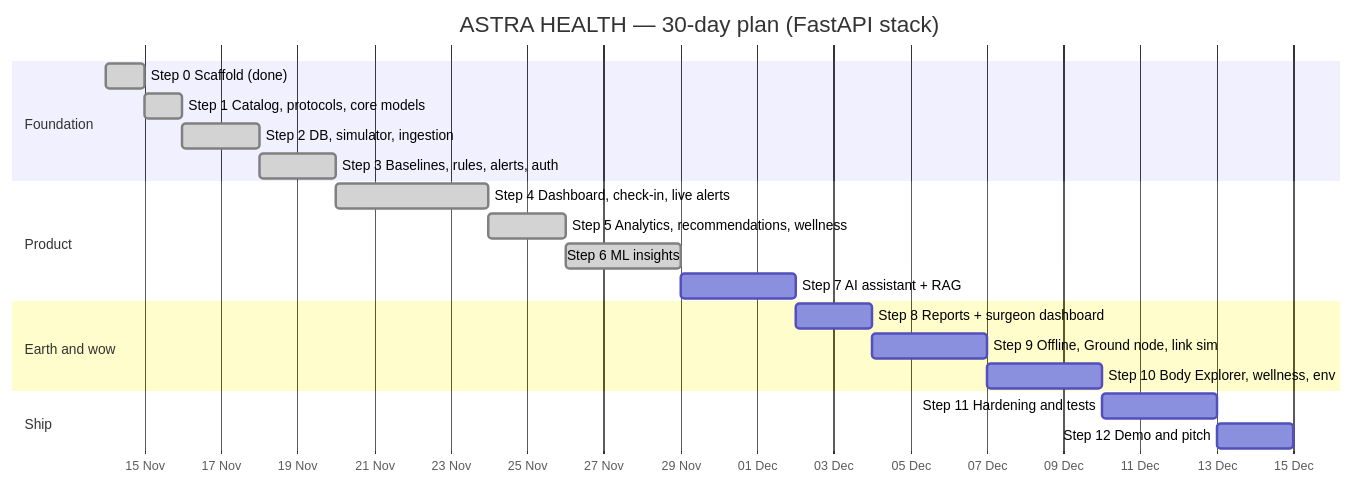
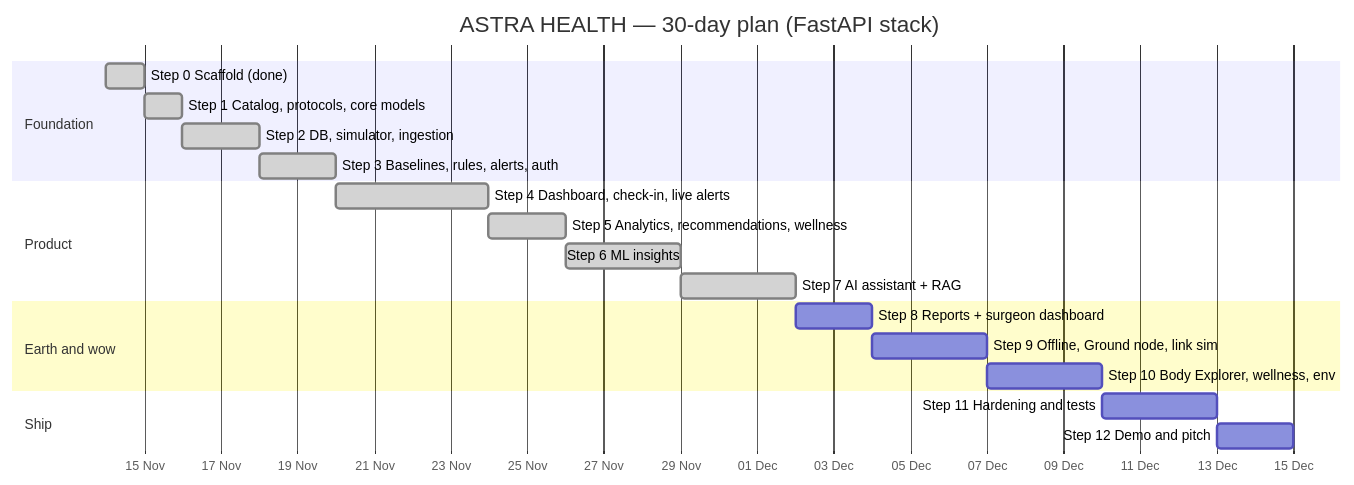
The diagram in docs/04-Implementation-Plan.md (Tarun9076/Astra-Health), drawn with Mermaid before and after one commit. The commit also changed other lines of this file and 7 other files, not shown here.

Commit message:
docs: document Step 7 AI assistant and regenerate PDFs

````diff
--- a/docs/04-Implementation-Plan.md
+++ b/docs/04-Implementation-Plan.md
@@ -34,23 +34,23 @@
 ```mermaid
 gantt
     title ASTRA HEALTH — 30-day plan (FastAPI stack)
     dateFormat  YYYY-MM-DD
     axisFormat  %d %b
     section Foundation
     Step 0 Scaffold (done)               :done, s0, 2026-11-14, 1d
     Step 1 Catalog, protocols, core models :done, s1, after s0, 1d
     Step 2 DB, simulator, ingestion      :done, s2, after s1, 2d
     Step 3 Baselines, rules, alerts, auth :done, s3, after s2, 2d
     section Product
     Step 4 Dashboard, check-in, live alerts :done, s4, after s3, 4d
     Step 5 Analytics, recommendations, wellness :done, s5, after s4, 2d
     Step 6 ML insights                   :done, s6, after s5, 3d
-    Step 7 AI assistant + RAG            :s7, after s6, 3d
+    Step 7 AI assistant + RAG            :done, s7, after s6, 3d
     section Earth and wow
     Step 8 Reports + surgeon dashboard   :s8, after s7, 2d
     Step 9 Offline, Ground node, link sim :s9, after s8, 3d
     Step 10 Body Explorer, wellness, env :s10, after s9, 3d
     section Ship
     Step 11 Hardening and tests          :s11, after s10, 3d
     Step 12 Demo and pitch               :s12, after s11, 2d
 ```
````
